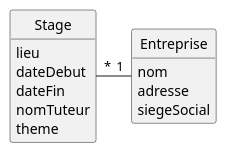
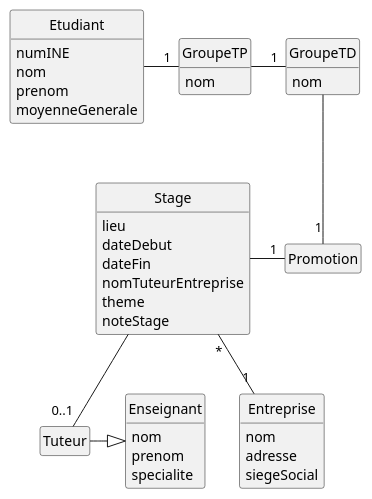
Before and after one commit to IUT-Blagnac/bcoo-gotilarins: the diagram in TD3.plantuml, drawn with PlantUML.

Commit message:
Fix 1.2: Diagramme final

```diff
--- a/TD3.plantuml
+++ b/TD3.plantuml
@@ -1,22 +1,55 @@
 @startuml
 hide circle
 hide empty methods
 hide empty attributes
 
 class Stage{
     lieu
     dateDebut
     dateFin
-    nomTuteur
+    nomTuteurEntreprise
     theme
+    noteStage
 }
 
 class Entreprise{
     nom
     adresse
     siegeSocial
 }
 
-Stage "*" - "1" Entreprise
+class Promotion{
+ 
+}
+
+class Etudiant{
+    numINE
+    nom
+    prenom
+    moyenneGenerale
+}
+
+class GroupeTP{
+    nom
+}
+
+class GroupeTD{
+    nom
+}
+
+class Enseignant {
+    nom
+    prenom
+    specialite
+}
+
+Stage "*" -- "1" Entreprise
+Stage -"1" Promotion
+Stage --"0..1" Tuteur
+
+Etudiant -"1" GroupeTP
+GroupeTP -"1" GroupeTD
+GroupeTD --"1" Promotion
+Tuteur -|> Enseignant
 
 @enduml
```
